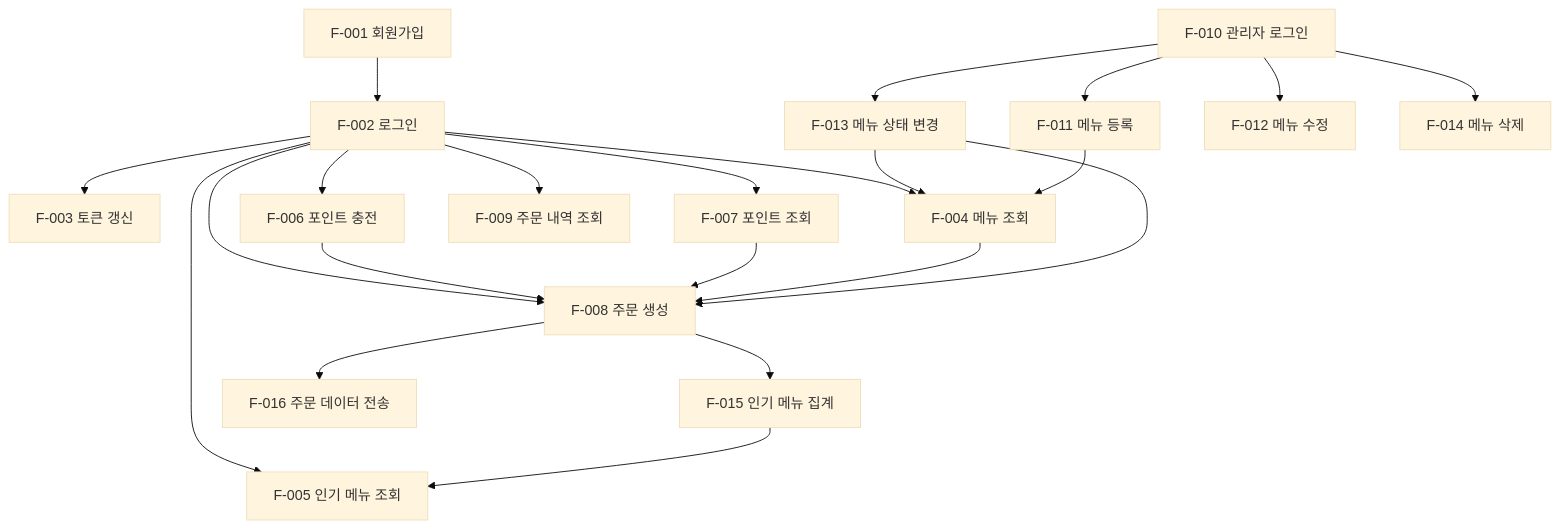
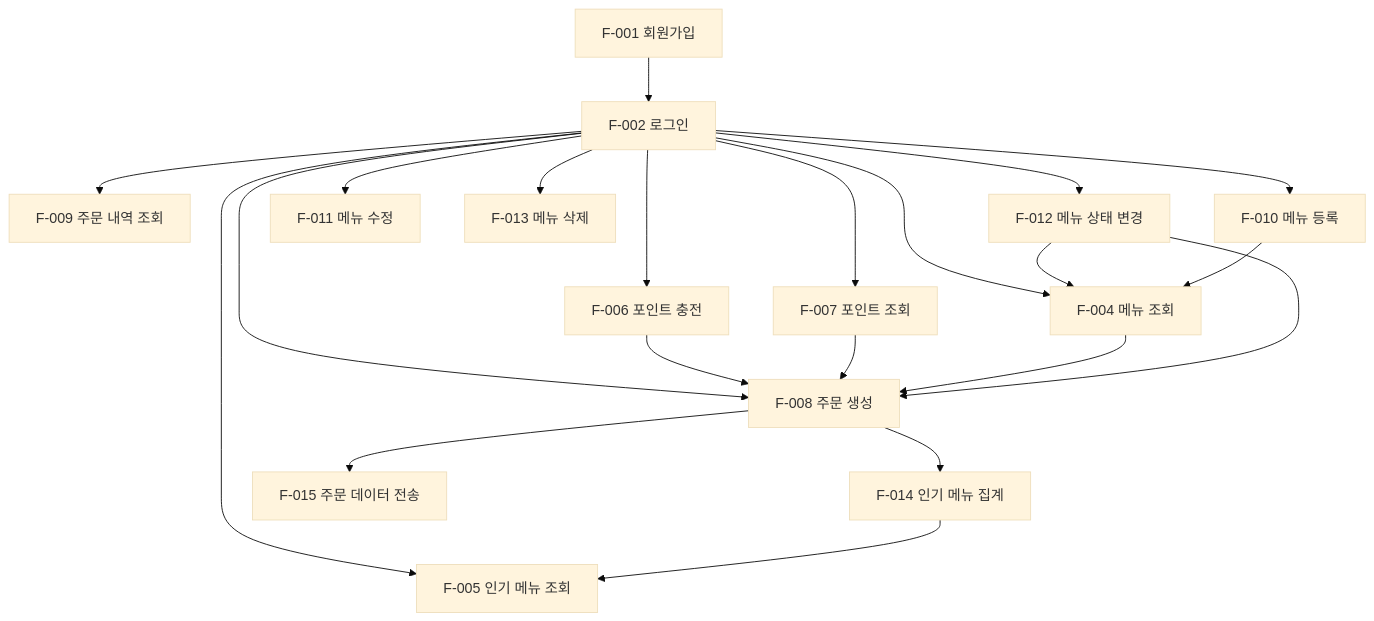
Before and after one commit to hoon3948/coffee-order: the diagram in docs/SA/04-기능-명세서.md, drawn with Mermaid (base theme). The commit also changed other lines of this file and 2 other files, not shown here.

````diff
--- a/docs/SA/04-기능-명세서.md
+++ b/docs/SA/04-기능-명세서.md
@@ -812,28 +799,27 @@
 ```mermaid
 graph TD
     F001[F-001 회원가입] --> F002[F-002 로그인]
-    F002 --> F003[F-003 토큰 갱신]
     F002 --> F004[F-004 메뉴 조회]
     F002 --> F005[F-005 인기 메뉴 조회]
     F002 --> F006[F-006 포인트 충전]
     F002 --> F007[F-007 포인트 조회]
     F002 --> F008[F-008 주문 생성]
     F002 --> F009[F-009 주문 내역 조회]
     
     F006 --> F008
     F007 --> F008
     F004 --> F008
-    F013[F-013 메뉴 상태 변경] --> F004
-    F013 --> F008
+    F012[F-012 메뉴 상태 변경] --> F004
+    F012 --> F008
     
-    F008 --> F015[F-015 인기 메뉴 집계]
-    F008 --> F016[F-016 주문 데이터 전송]
-    F015 --> F005
+    F008 --> F014[F-014 인기 메뉴 집계]
+    F008 --> F015[F-015 주문 데이터 전송]
+    F014 --> F005
     
-    F010[F-010 관리자 로그인] --> F011[F-011 메뉴 등록]
-    F010 --> F012[F-012 메뉴 수정]
-    F010 --> F013
-    F010 --> F014[F-014 메뉴 삭제]
+    F002 --> F010[F-010 메뉴 등록]
+    F002 --> F011[F-011 메뉴 수정]
+    F002 --> F012
+    F002 --> F013[F-013 메뉴 삭제]
     
-    F011 --> F004
+    F010 --> F004
 ```
````
